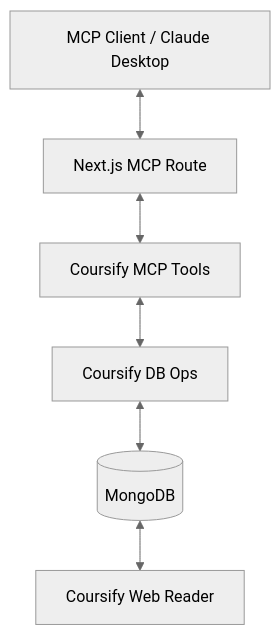
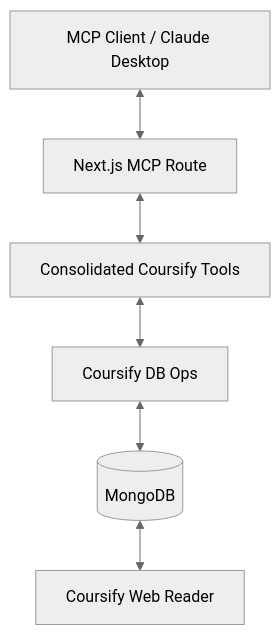
Before and after one commit to hasanraiyan/resume: the diagram in docs/coursify-mcp.md, drawn with Mermaid (neutral theme). The commit also changed other lines of this file and 2 other files, not shown here.

First line of the commit message:
docs: add Coursify MCP documentation and refactor tools

````diff
--- a/docs/coursify-mcp.md
+++ b/docs/coursify-mcp.md
@@ -15,8 +15,8 @@
 ```mermaid
 graph TD
     Client[MCP Client / Claude Desktop] <--> Server[Next.js MCP Route]
-    Server <--> Tools[Coursify MCP Tools]
+    Server <--> Tools[Consolidated Coursify Tools]
     Tools <--> DBOps[Coursify DB Ops]
     DBOps <--> MongoDB[(MongoDB)]
     MongoDB <--> Reader[Coursify Web Reader]
 ```
````
